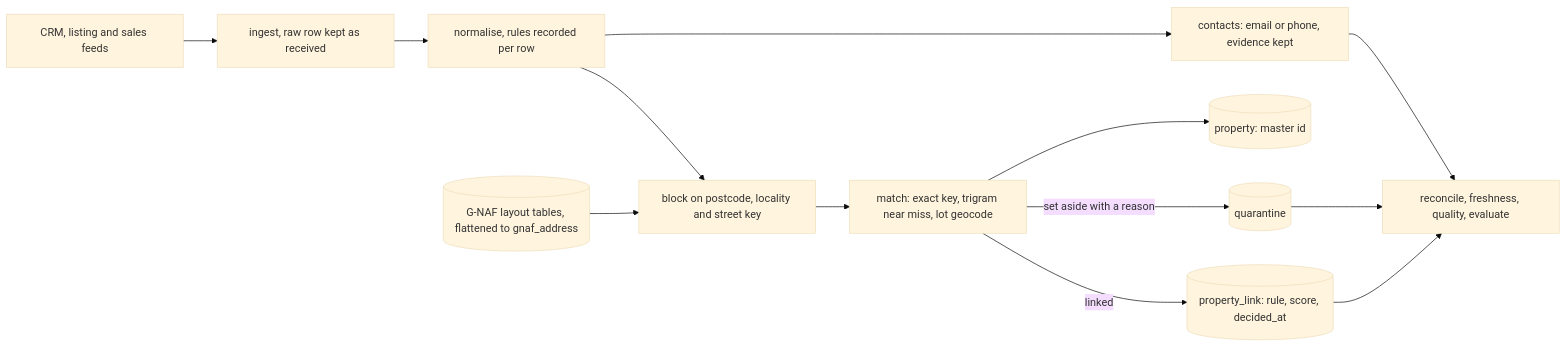
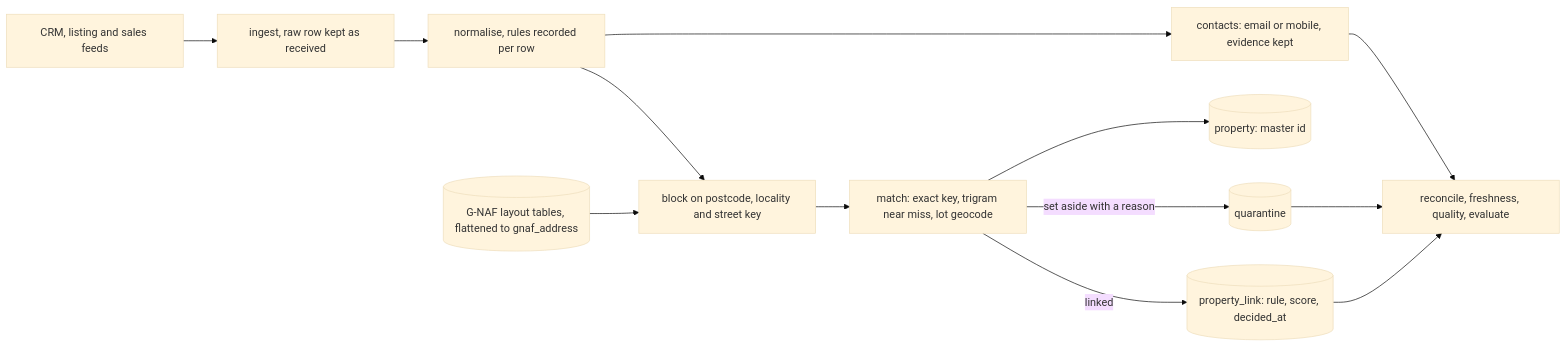
Before and after one commit to Exalt24/parcelkey: the diagram in README.md, drawn with Mermaid (base theme). The commit also changed other lines of this file and 5 other files, not shown here.

````diff
--- a/README.md
+++ b/README.md
@@ -23,15 +25,15 @@
 ```mermaid
 flowchart LR
   F[CRM, listing and sales feeds] --> I[ingest, raw row kept as received]
   I --> N[normalise, rules recorded per row]
   N --> B[block on postcode, locality and street key]
   G[(G-NAF layout tables, flattened to gnaf_address)] --> B
   B --> M[match: exact key, trigram near miss, lot geocode]
   M -->|linked| L[(property_link: rule, score, decided_at)]
   M -->|set aside with a reason| Q[(quarantine)]
   M --> P[(property: master id)]
-  N --> C[contacts: email or phone, evidence kept]
+  N --> C[contacts: email or mobile, evidence kept]
   L --> R[reconcile, freshness, quality, evaluate]
   Q --> R
   C --> R
 ```
````
